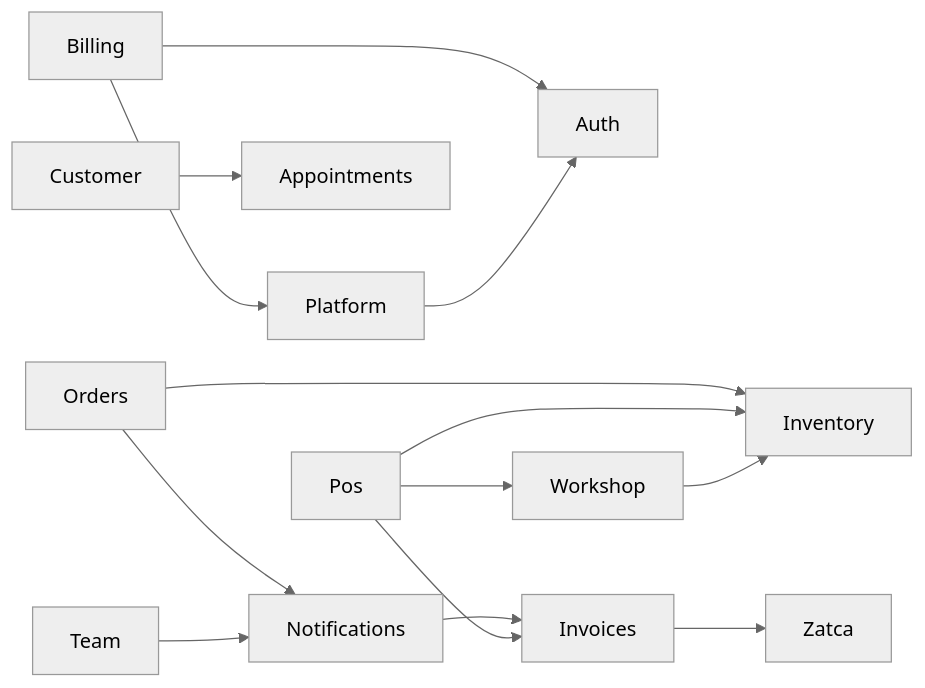
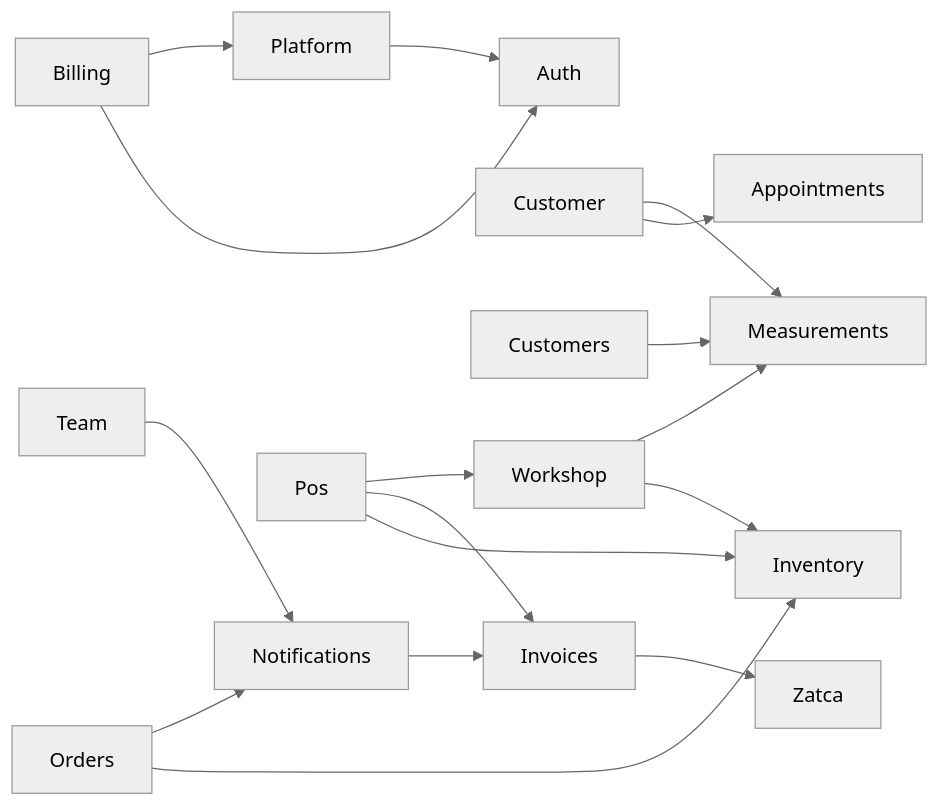
Before and after one commit to HMATorg/TailorERP: the diagram in docs/MEMORY-GRAPH.md, drawn with Mermaid (neutral theme). The commit also changed other lines of this file and 27 other files, not shown here.

First line of the commit message:
Fix invoice page overflow; split POS/workshop RBAC; open up measurements

````diff
--- a/docs/MEMORY-GRAPH.md
+++ b/docs/MEMORY-GRAPH.md
@@ -23,16 +23,19 @@
 ```mermaid
 graph LR
   Billing --> Auth
   Billing --> Platform
   Customer --> Appointments
+  Customer --> Measurements
+  Customers --> Measurements
   Invoices --> Zatca
   Notifications --> Invoices
   Orders --> Inventory
   Orders --> Notifications
   Platform --> Auth
   Pos --> Inventory
   Pos --> Invoices
   Pos --> Workshop
   Team --> Notifications
   Workshop --> Inventory
+  Workshop --> Measurements
 ```
````
